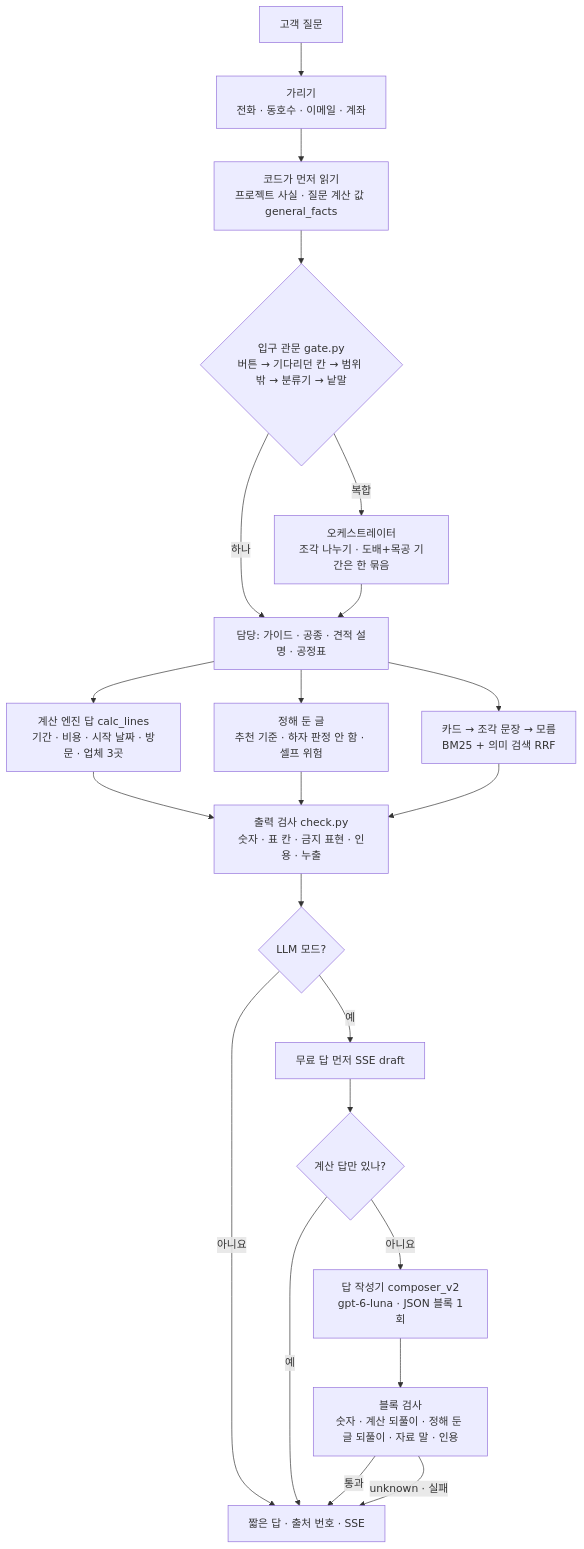
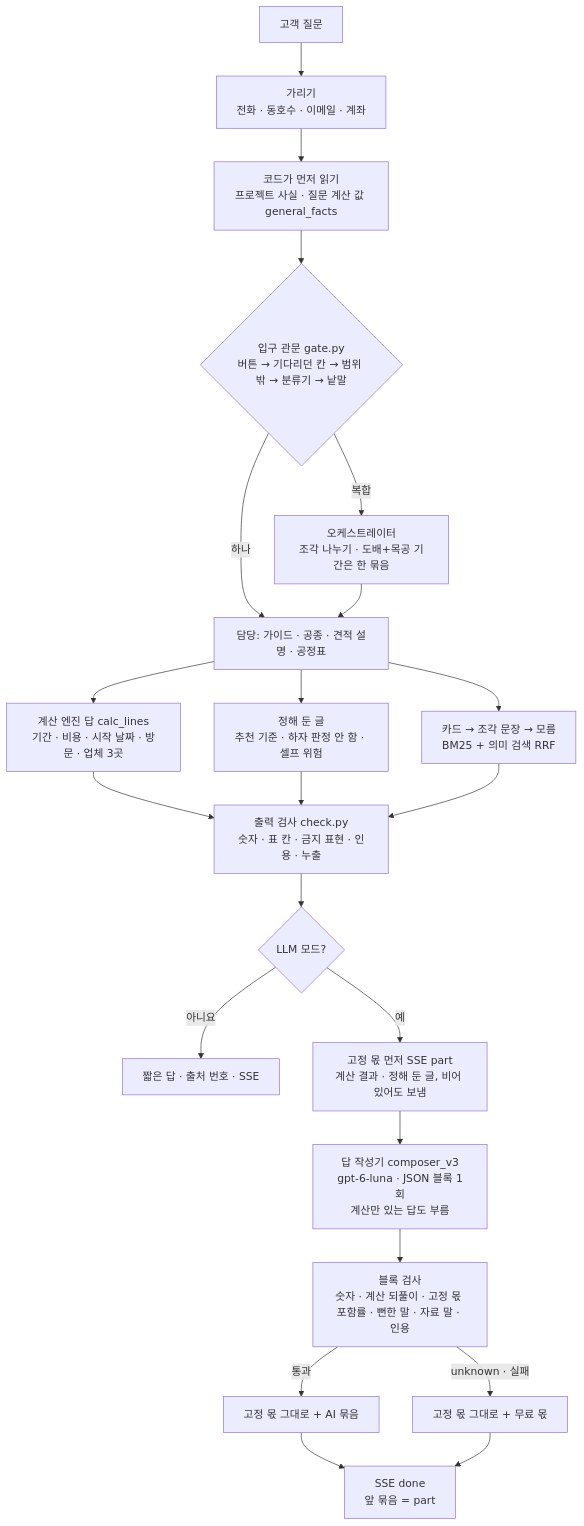
The diagram in docs/v3/agent-answer-format.md (lsm15111/SKN34-FINAL-1TEAM), drawn with Mermaid before and after one commit. The commit also changed other lines of this file and 1 other file, not shown here.

First line of the commit message:
docs: AI 답 설계도에 이어 붙이기 · 출처 표시 · 질문 위로 올리기 · 작성기 v3 점검

````diff
--- a/docs/v3/agent-answer-format.md
+++ b/docs/v3/agent-answer-format.md
@@ -19,22 +21,21 @@
 ```mermaid
 flowchart TD
   Q[고객 질문] --> M[가리기<br/>전화 · 동호수 · 이메일 · 계좌]
   M --> F[코드가 먼저 읽기<br/>프로젝트 사실 · 질문 계산 값 general_facts]
   F --> G{입구 관문 gate.py<br/>버튼 → 기다리던 칸 → 범위 밖 → 분류기 → 낱말}
   G -->|하나| A[담당: 가이드 · 공종 · 견적 설명 · 공정표]
   G -->|복합| O[오케스트레이터<br/>조각 나누기 · 도배+목공 기간은 한 묶음]
   O --> A
   A --> C1[계산 엔진 답 calc_lines<br/>기간 · 비용 · 시작 날짜 · 방문 · 업체 3곳]
   A --> C2[정해 둔 글<br/>추천 기준 · 하자 판정 안 함 · 셀프 위험]
   A --> C3[카드 → 조각 문장 → 모름<br/>BM25 + 의미 검색 RRF]
   C1 & C2 & C3 --> K[출력 검사 check.py<br/>숫자 · 표 칸 · 금지 표현 · 인용 · 누출]
   K --> MODE{LLM 모드?}
   MODE -->|아니요| OUT[짧은 답 · 출처 번호 · SSE]
-  MODE -->|예| D[무료 답 먼저 SSE draft]
-  D --> W{계산 답만 있나?}
-  W -->|예| OUT
-  W -->|아니요| L[답 작성기 composer_v2<br/>gpt-6-luna · JSON 블록 1회]
-  L --> K2[블록 검사<br/>숫자 · 계산 되풀이 · 정해 둔 글 되풀이 · 자료 말 · 인용]
-  K2 -->|통과| OUT
-  K2 -->|unknown · 실패| OUT
+  MODE -->|예| D[고정 몫 먼저 SSE part<br/>계산 결과 · 정해 둔 글, 비어 있어도 보냄]
+  D --> L[답 작성기 composer_v3<br/>gpt-6-luna · JSON 블록 1회<br/>계산만 있는 답도 부름]
+  L --> K2[블록 검사<br/>숫자 · 계산 되풀이 · 고정 몫 포함률 · 뻔한 말 · 자료 말 · 인용]
+  K2 -->|통과| P[고정 몫 그대로 + AI 묶음]
+  K2 -->|unknown · 실패| R[고정 몫 그대로 + 무료 몫]
+  P & R --> OUT2[SSE done<br/>앞 묶음 = part]
 ```
````
